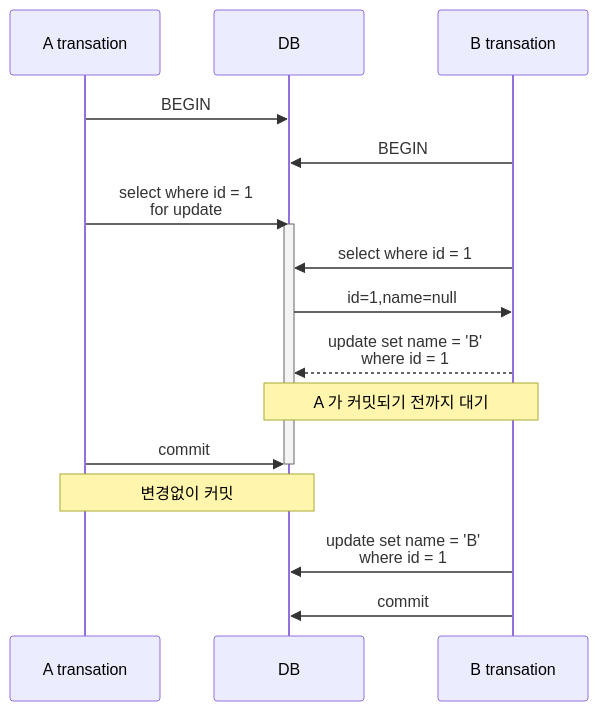
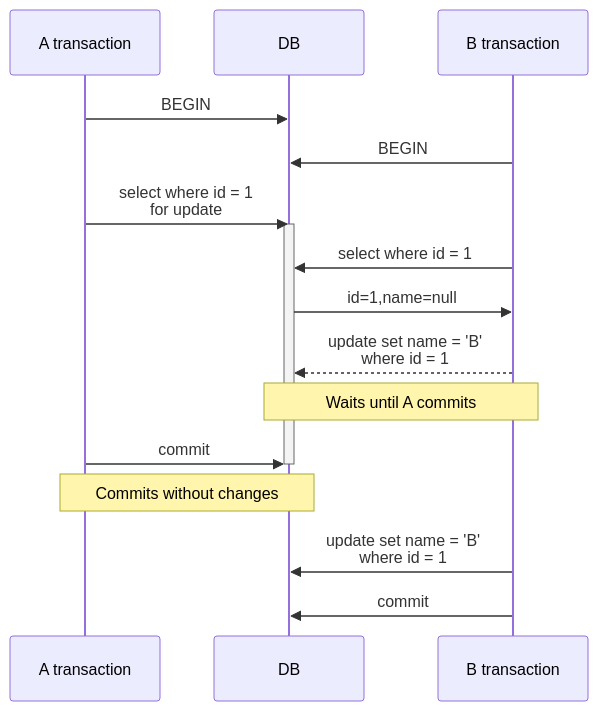
Before and after one commit to songkg7/songkg7.github.io: the third of 4 diagrams in i18n/en/docusaurus-plugin-content-blog/2024-04-20/select-for-update-in-PostgreSQL.md, drawn with Mermaid. The commit also changed other lines of this file, not shown here.

````diff
--- a/i18n/en/docusaurus-plugin-content-blog/2024-04-20/select-for-update-in-PostgreSQL.md
+++ b/i18n/en/docusaurus-plugin-content-blog/2024-04-20/select-for-update-in-PostgreSQL.md
@@ -122,19 +122,19 @@
 ```mermaid
 sequenceDiagram
-    participant A as A transation
+    participant A as A transaction
     participant DB
-    participant B as B transation
+    participant B as B transaction
     A->>DB: BEGIN
     B->>DB: BEGIN
     A->>DB: select where id = 1<br/>for update
     activate DB
     B->>DB: select where id = 1
     DB->>B: id=1,name=null
     B-->>DB: update set name = 'B'<br/>where id = 1
-    Note over B,DB: A 가 커밋되기 전까지 대기
+    Note over B,DB: Waits until A commits
     A->>DB: commit
     deactivate DB
-    Note over A,DB: 변경없이 커밋
+    Note over A,DB: Commits without changes
     B->>DB: update set name = 'B'<br/>where id = 1
     B->>DB: commit
 ```
````
